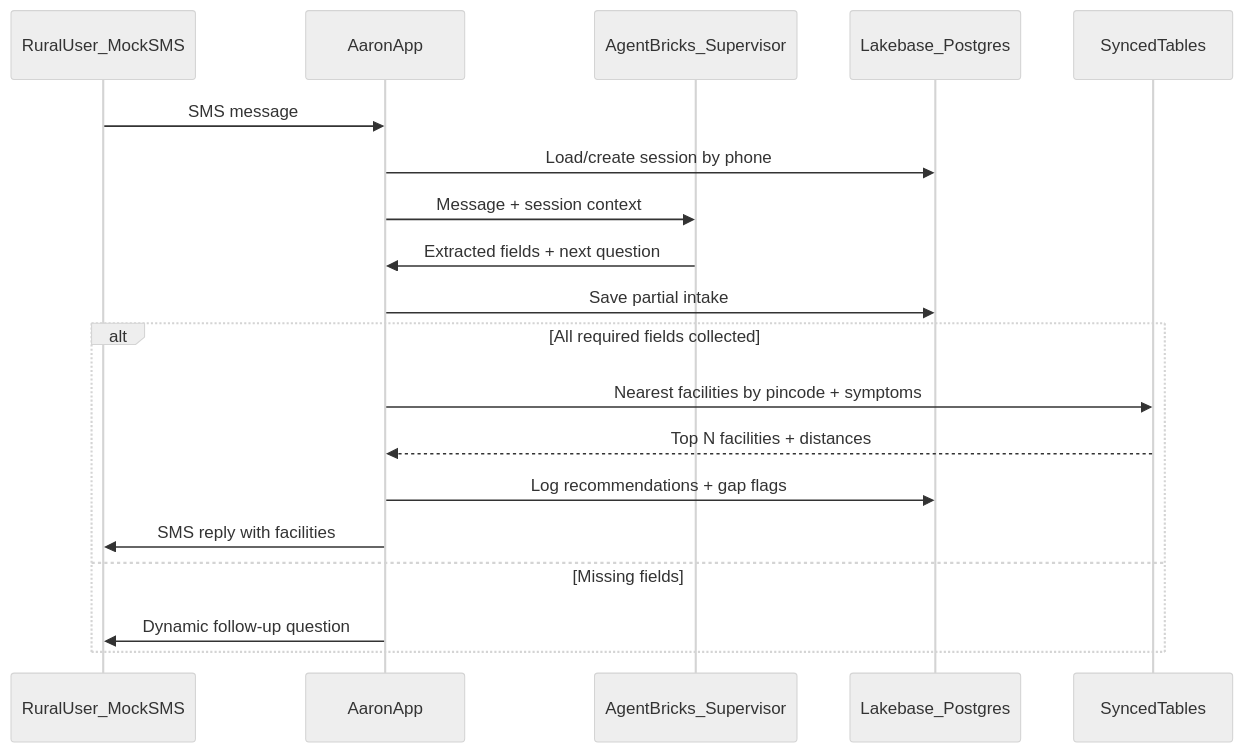
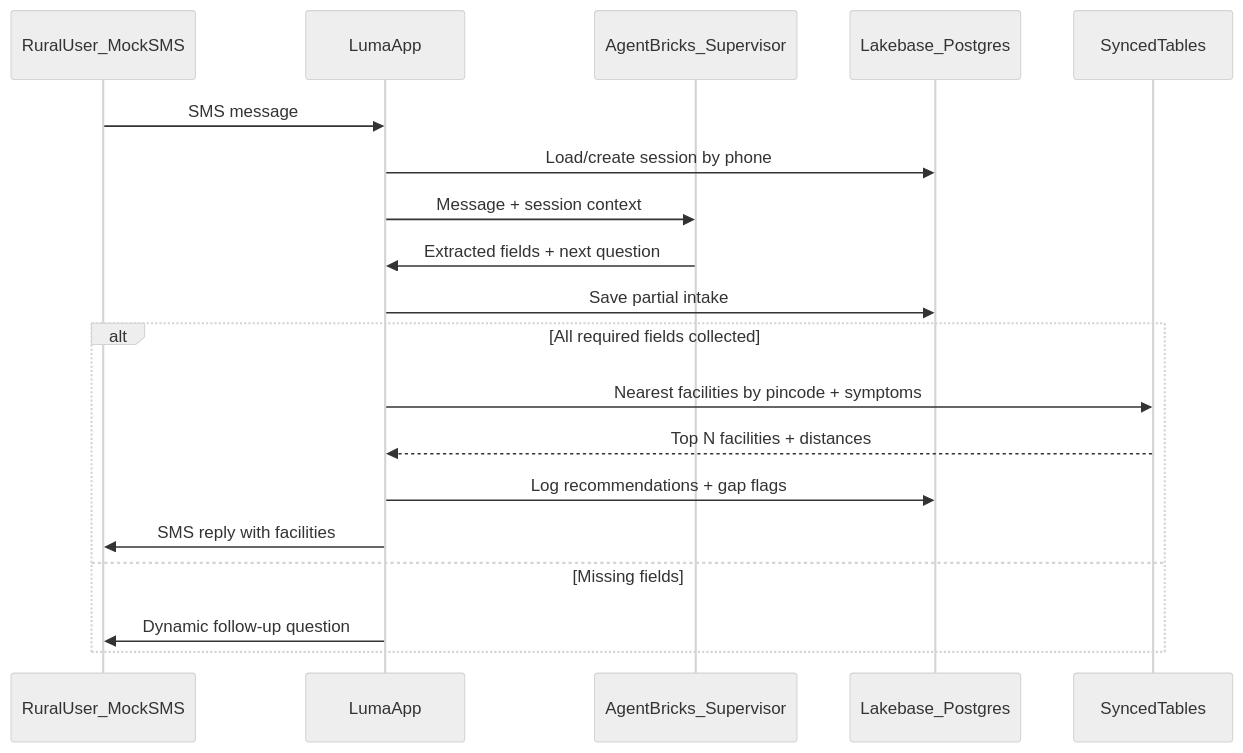
The diagram in docs/plans/aaron_sms_health_agent_e3bf519b.plan.md (Dotmatics/DAIS_AGENT_HACKTHON), drawn with Mermaid (neutral theme) before and after one commit. The commit also changed other lines of this file and 28 other files, not shown here.

First line of the commit message:
Simplify Luma UI to SMS phone mockup and refresh analytics theme.

````diff
--- a/docs/plans/aaron_sms_health_agent_e3bf519b.plan.md
+++ b/docs/plans/aaron_sms_health_agent_e3bf519b.plan.md
@@ -64,22 +64,22 @@
 ```mermaid
 sequenceDiagram
     participant User as RuralUser_MockSMS
-    participant Aaron as AaronApp
+    participant Luma as LumaApp
     participant Agent as AgentBricks_Supervisor
     participant LB as Lakebase_Postgres
     participant Sync as SyncedTables
 
-    User->>Aaron: SMS message
-    Aaron->>LB: Load/create session by phone
-    Aaron->>Agent: Message + session context
-    Agent->>Aaron: Extracted fields + next question
-    Aaron->>LB: Save partial intake
+    User->>Luma: SMS message
+    Luma->>LB: Load/create session by phone
+    Luma->>Agent: Message + session context
+    Agent->>Luma: Extracted fields + next question
+    Luma->>LB: Save partial intake
     alt All required fields collected
-        Aaron->>Sync: Nearest facilities by pincode + symptoms
-        Sync-->>Aaron: Top N facilities + distances
-        Aaron->>LB: Log recommendations + gap flags
-        Aaron->>User: SMS reply with facilities
+        Luma->>Sync: Nearest facilities by pincode + symptoms
+        Sync-->>Luma: Top N facilities + distances
+        Luma->>LB: Log recommendations + gap flags
+        Luma->>User: SMS reply with facilities
     else Missing fields
-        Aaron->>User: Dynamic follow-up question
+        Luma->>User: Dynamic follow-up question
     end
 ```
````
